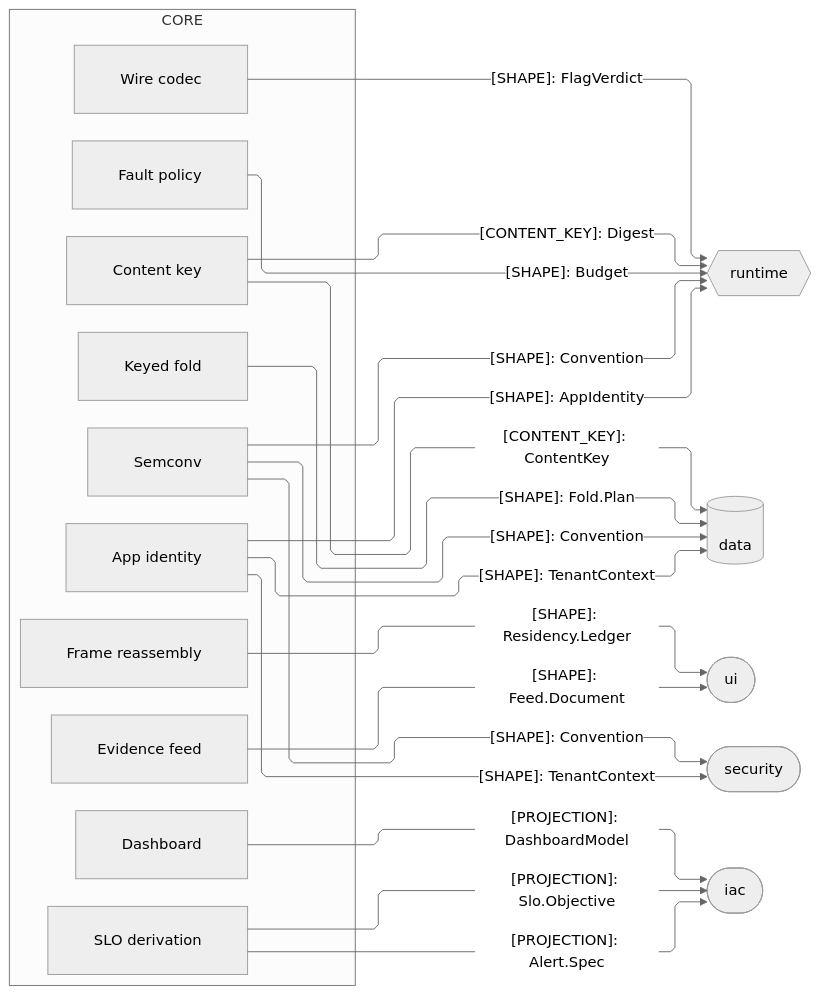
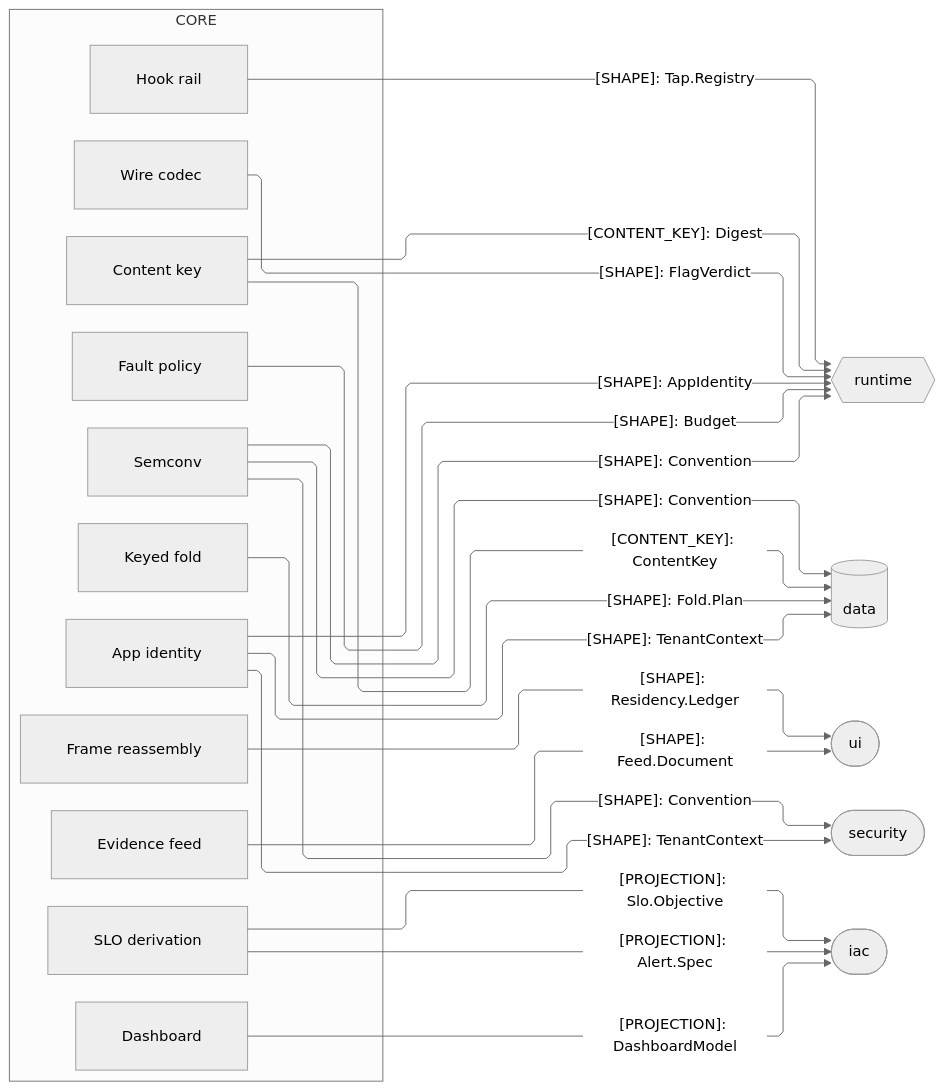
The third of 3 diagrams in libs/typescript/core/ARCHITECTURE.md (bsamiee/Rasm), drawn with Mermaid (neutral theme) before and after one commit. The commit also changed other lines of this file and 195 other files, not shown here.

````diff
--- a/libs/typescript/core/ARCHITECTURE.md
+++ b/libs/typescript/core/ARCHITECTURE.md
@@ -153,45 +157,47 @@
 ```mermaid
 ---
 config:
   layout: elk
   flowchart:
     curve: linear
     padding: 25
 ---
 flowchart LR
     accTitle: Core TypeScript sibling seam registry
     accDescr: Core value, state, interchange, and observe owners handing content identity and decoded shapes to the data, runtime, ui, security, and iac siblings, edge rails colored by kind and nodes classed by seam direction.
     subgraph core[CORE]
         ContentKey[Content key]
         Codec[Wire codec]
         Frame[Frame reassembly]
         Fold[Keyed fold]
         Feed[Evidence feed]
         Identity[App identity]
         Fault[Fault policy]
         Convention[Semconv]
         Slo[SLO derivation]
         Board[Dashboard]
+        Tap[Hook rail]
     end
     Runtime{{runtime}}
     Data[(data)]
     Ui([ui])
     Security([security])
     Iac([iac])
     ContentKey e1@-->|"[CONTENT_KEY]: ContentKey"| Data
     ContentKey e2@-->|"[CONTENT_KEY]: Digest"| Runtime
     Codec e3@-->|"[SHAPE]: FlagVerdict"| Runtime
     Fold e4@-->|"[SHAPE]: Fold.Plan"| Data
     Feed e5@-->|"[SHAPE]: Feed.Document"| Ui
     Identity e6@-->|"[SHAPE]: TenantContext"| Security
     Identity e7@-->|"[SHAPE]: TenantContext"| Data
     Identity e8@-->|"[SHAPE]: AppIdentity"| Runtime
     Fault e9@-->|"[SHAPE]: Budget"| Runtime
     Convention e10@-->|"[SHAPE]: Convention"| Runtime
     Convention e12@-->|"[SHAPE]: Convention"| Data
     Convention e13@-->|"[SHAPE]: Convention"| Security
     Board e11@-->|"[PROJECTION]: DashboardModel"| Iac
     Slo e14@-->|"[PROJECTION]: Alert.Spec"| Iac
     Frame e15@-->|"[SHAPE]: Residency.Ledger"| Ui
     Slo e16@-->|"[PROJECTION]: Slo.Objective"| Iac
+    Tap e17@-->|"[SHAPE]: Tap.Registry"| Runtime
 ```
````
